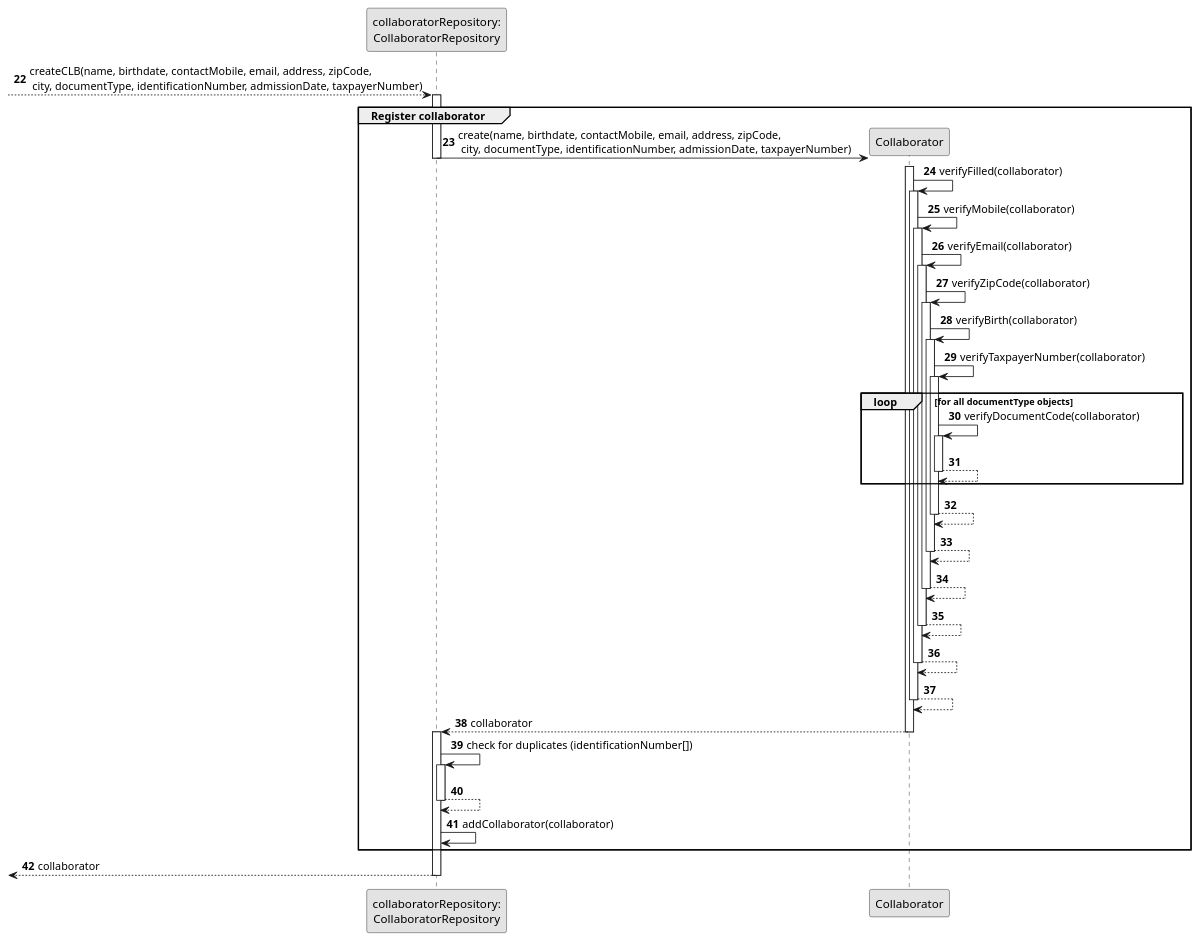
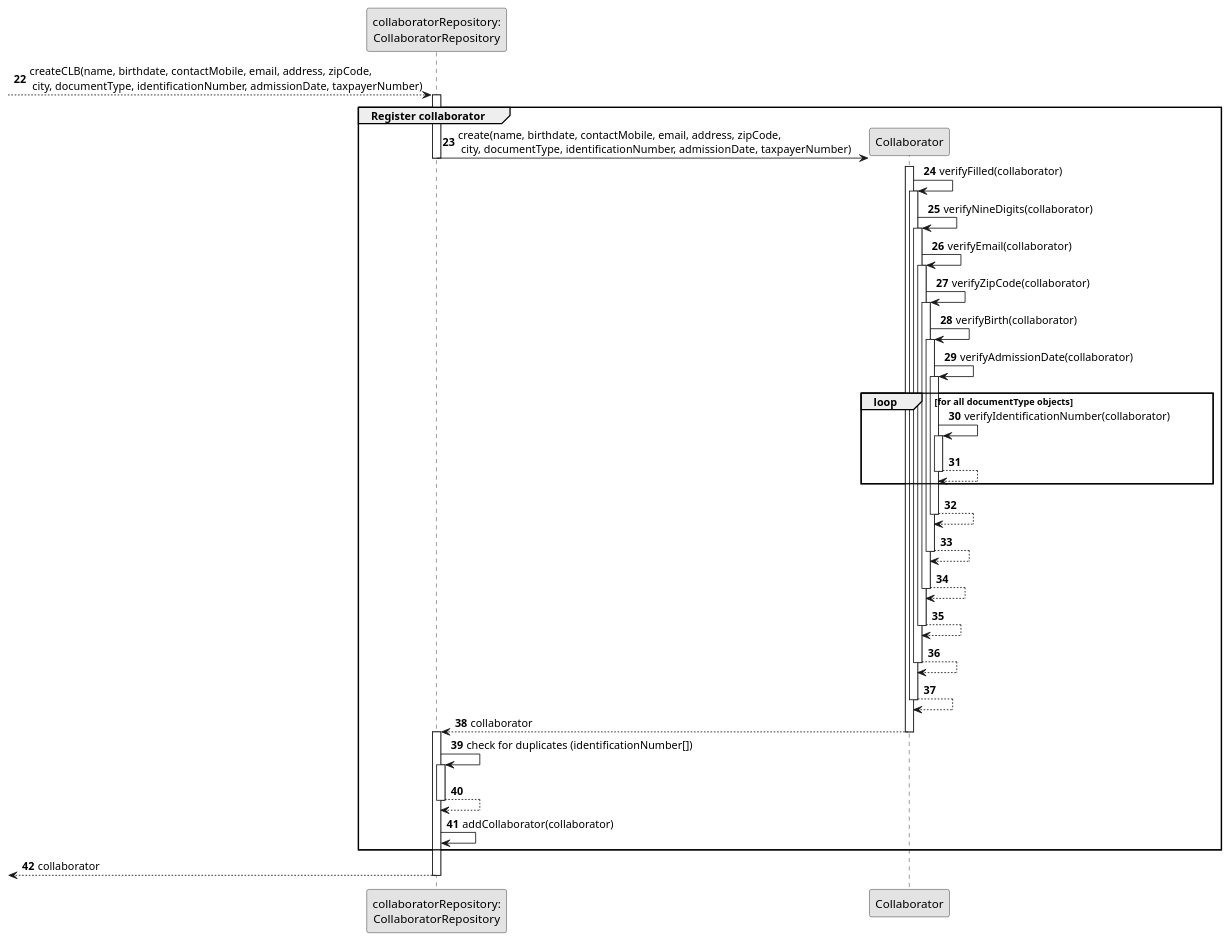
Before and after one commit to ricardomm7/leaflink: the diagram in docs/sprintB/us003/03.design/puml/us003-sequence-diagram-partial-register-collab.puml, drawn with PlantUML. The commit also changed 3 other files, not shown here.

```diff
--- a/docs/sprintB/us003/03.design/puml/us003-sequence-diagram-partial-register-collab.puml
+++ b/docs/sprintB/us003/03.design/puml/us003-sequence-diagram-partial-register-collab.puml
@@ -1,67 +1,69 @@
 @startuml
 skinparam monochrome true
 skinparam packageStyle rectangle
 skinparam shadowing false
 
 participant "collaboratorRepository:\nCollaboratorRepository" as CLBREP
 participant "Collaborator" as CLB
 
 autonumber 22
 --> CLBREP: createCLB(name, birthdate, contactMobile, email, address, zipCode,\n city, documentType, identificationNumber, admissionDate, taxpayerNumber)
 activate CLBREP
     group Register collaborator
     CLBREP->CLB** : create(name, birthdate, contactMobile, email, address, zipCode,\n city, documentType, identificationNumber, admissionDate, taxpayerNumber)
 deactivate CLBREP
 
         activate CLB
         CLB -> CLB : verifyFilled(collaborator)
         activate CLB
-        CLB -> CLB : verifyMobile(collaborator)
+        CLB -> CLB : verifyNineDigits(collaborator)
         activate CLB
         CLB -> CLB : verifyEmail(collaborator)
         activate CLB
         CLB -> CLB : verifyZipCode(collaborator)
         activate CLB
         CLB -> CLB : verifyBirth(collaborator)
         activate CLB
-        CLB -> CLB : verifyTaxpayerNumber(collaborator)
-        activate CLB
+                CLB -> CLB : verifyAdmissionDate(collaborator)
+                activate CLB
+
 
         loop for all documentType objects
-        CLB -> CLB : verifyDocumentCode(collaborator)
+        CLB -> CLB : verifyIdentificationNumber(collaborator)
         activate CLB
         CLB --> CLB
         deactivate CLB
         end loop
+
 
         CLB --> CLB
         deactivate CLB
         CLB --> CLB
         deactivate CLB
         CLB --> CLB
         deactivate CLB
         CLB --> CLB
         deactivate CLB
         CLB --> CLB
         deactivate CLB
-        CLB --> CLB
-        deactivate CLB
+                CLB --> CLB
+                deactivate CLB
 
 
         CLB --> CLBREP : collaborator
         deactivate CLB
         activate CLBREP
 
 CLBREP -> CLBREP : check for duplicates (identificationNumber[])
 activate CLBREP
 CLBREP --> CLBREP
 deactivate CLBREP
 CLBREP -> CLBREP: addCollaborator(collaborator)
 
 end
 <--CLBREP : collaborator
 deactivate CLBREP
         deactivate CLB
 
 
 @enduml
```
